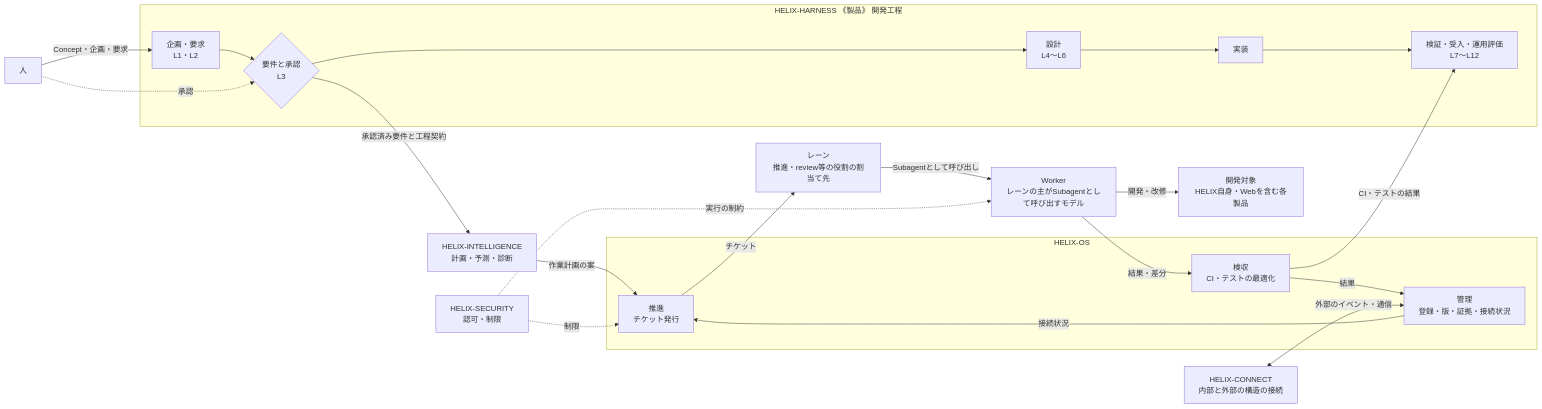
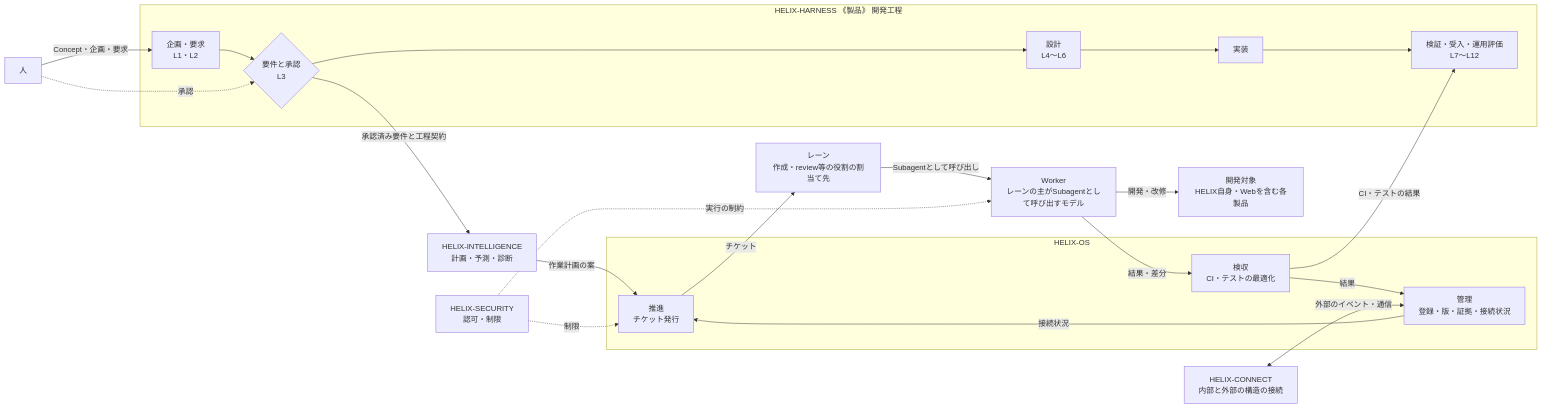
Before and after one commit to RetryYN/HELIX-HARNESS: the second of 3 diagrams in docs/concept/helix-concept.md, drawn with Mermaid. The commit also changed other lines of this file and 174 other files, not shown here.

````diff
--- a/docs/concept/helix-concept.md
+++ b/docs/concept/helix-concept.md
@@ -120,40 +121,40 @@
 ```mermaid
 flowchart LR
     Human["人"]
 
     subgraph PROC["HELIX-HARNESS 《製品》 開発工程"]
         REQ["企画・要求<br/>L1・L2"]
         APP{"要件と承認<br/>L3"}
         DES["設計<br/>L4〜L6"]
         IMP["実装"]
         VER["検証・受入・運用評価<br/>L7〜L12"]
         REQ --> APP --> DES --> IMP --> VER
     end
 
     INTF["HELIX-INTELLIGENCE<br/>計画・予測・診断"]
     subgraph OSG["HELIX-OS"]
         MGMT["管理<br/>登録・版・証拠・接続状況"]
         PROM["推進<br/>チケット発行"]
         ACC["検収<br/>CI・テストの最適化"]
     end
-    LANES["レーン<br/>推進・review等の役割の割当て先"]
+    LANES["レーン<br/>作成・review等の役割の割当て先"]
     WORKER["Worker<br/>レーンの主がSubagentとして呼び出すモデル"]
     SEC["HELIX-SECURITY<br/>認可・制限"]
     CONNECT["HELIX-CONNECT<br/>内部と外部の構造の接続"]
     Targets["開発対象<br/>HELIX自身・Webを含む各製品"]
 
     Human -->|Concept・企画・要求| REQ
     Human -.->|承認| APP
     APP -->|承認済み要件と工程契約| INTF
     INTF -->|作業計画の案| PROM
     MGMT -->|接続状況| PROM
     PROM -->|チケット| LANES
     LANES -->|Subagentとして呼び出し| WORKER
     WORKER -->|開発・改修| Targets
     WORKER -->|結果・差分| ACC
     ACC -->|CI・テストの結果| VER
     ACC -->|結果| MGMT
     SEC -.->|制限| PROM
     SEC -.->|実行の制約| WORKER
     CONNECT <-->|外部のイベント・通信| MGMT
 ```
````
